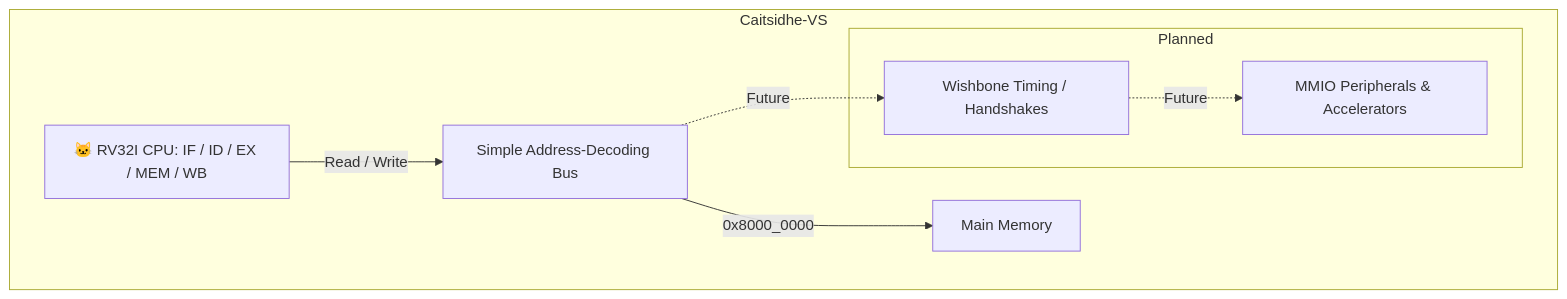
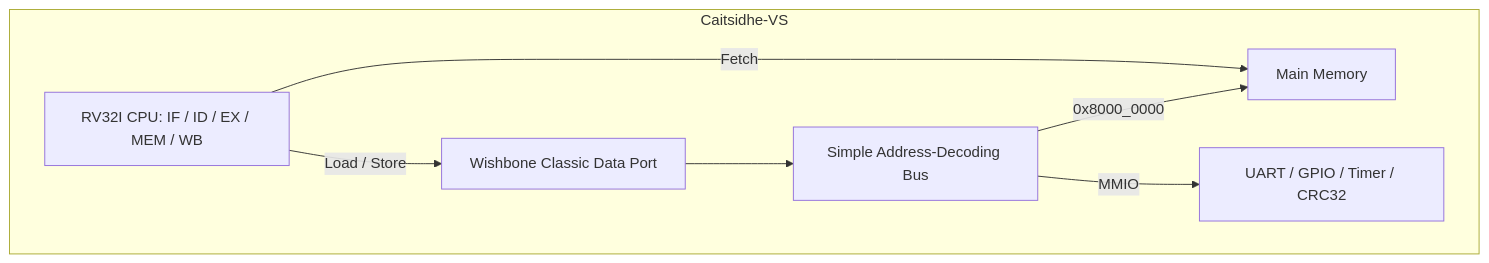
The diagram in README.md (AndreLimaJordao/Caitsidhe-VS), drawn with Mermaid before and after one commit. The commit also changed other lines of this file and 35 other files, not shown here.

````diff
--- a/README.md
+++ b/README.md
@@ -20,16 +19,15 @@
 ```mermaid
 graph TD
     subgraph SoC [Caitsidhe-VS]
-        CPU[🐱 RV32I CPU: IF / ID / EX / MEM / WB]
+        CPU[RV32I CPU: IF / ID / EX / MEM / WB]
+        WB[Wishbone Classic Data Port]
         BUS[Simple Address-Decoding Bus]
         RAM[Main Memory]
-        subgraph Future [Planned]
-            WB[Wishbone Timing / Handshakes]
-            PER[MMIO Peripherals & Accelerators]
-        end
+        PER[UART / GPIO / Timer / CRC32]
+        CPU -->|Fetch| RAM
     end
-    CPU -->|Read / Write| BUS
+    CPU -->|Load / Store| WB
+    WB --> BUS
     BUS -->|0x8000_0000| RAM
-    BUS -.->|Future| WB
-    WB -.->|Future| PER
+    BUS -->|MMIO| PER
 ```
````
